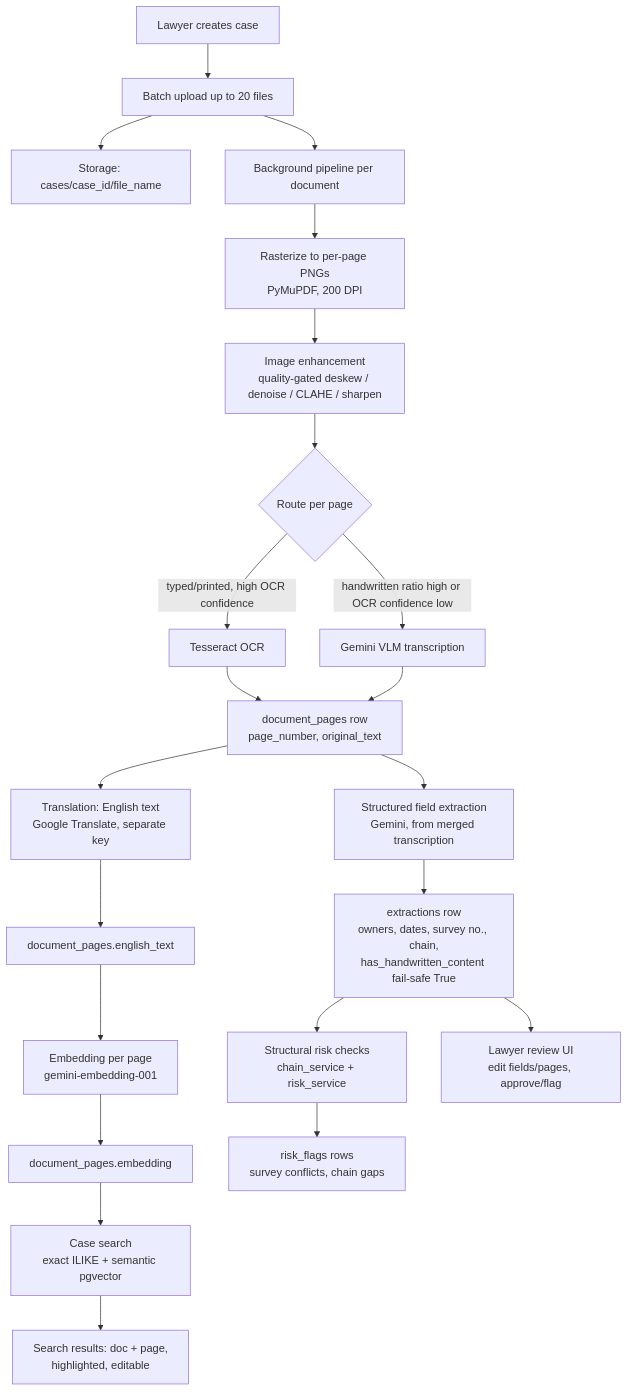
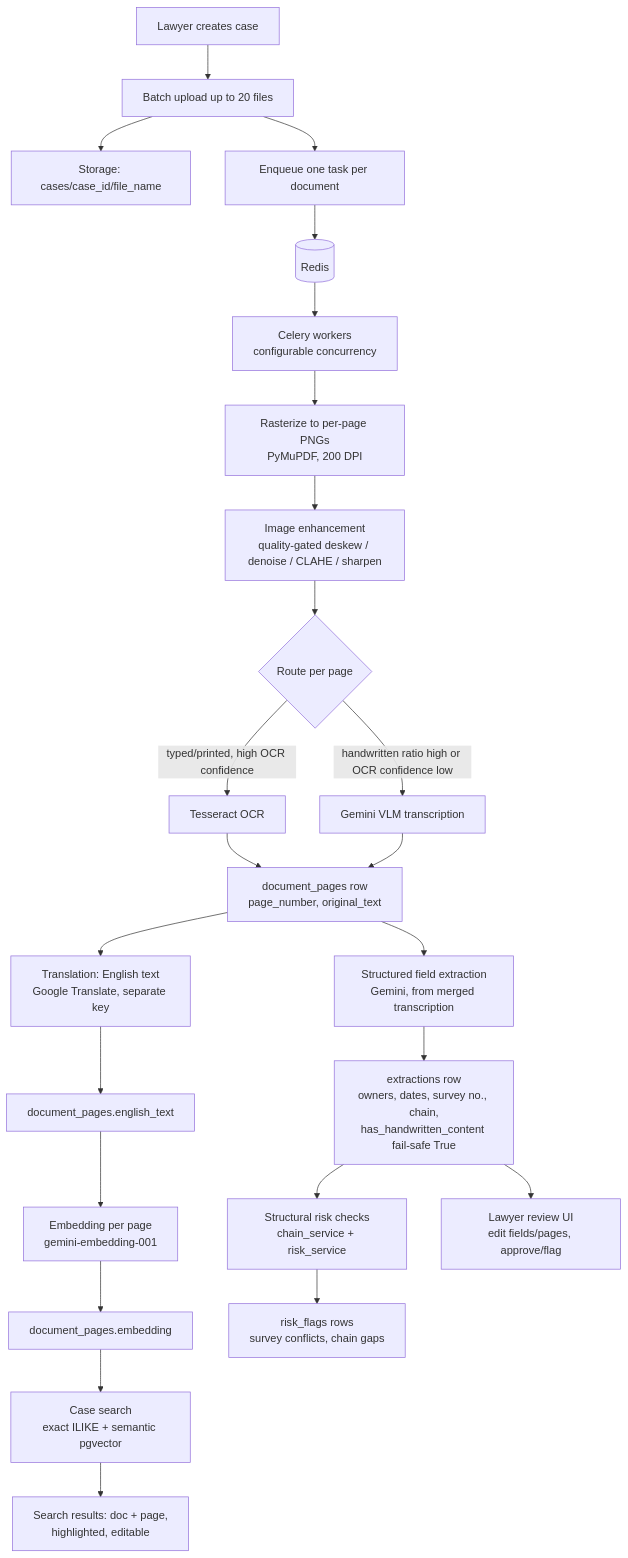
Before and after one commit to Encegen-Ai-Labs/EasyHuntV2: the first of 2 diagrams in docs/ARCHITECTURE.md, drawn with Mermaid. The commit also changed other lines of this file and 25 other files, not shown here.

First line of the commit message:
Rebrand, landing/login cleanup, upload/review UX, and optional Celery document queue

````diff
--- a/docs/ARCHITECTURE.md
+++ b/docs/ARCHITECTURE.md
@@ -16,24 +17,26 @@
 ```mermaid
 flowchart TD
     A[Lawyer creates case] --> B[Batch upload up to 20 files]
     B --> C[Storage: cases/case_id/file_name]
-    B --> D[Background pipeline per document]
-    D --> E[Rasterize to per-page PNGs<br/>PyMuPDF, 200 DPI]
+    B --> D[Enqueue one task per document]
+    D --> BROKER[(Redis)]
+    BROKER --> W[Celery workers<br/>configurable concurrency]
+    W --> E[Rasterize to per-page PNGs<br/>PyMuPDF, 200 DPI]
     E --> F[Image enhancement<br/>quality-gated deskew / denoise / CLAHE / sharpen]
     F --> G{Route per page}
     G -->|typed/printed, high OCR confidence| H[Tesseract OCR]
     G -->|handwritten ratio high or OCR confidence low| I[Gemini VLM transcription]
     H --> J[document_pages row<br/>page_number, original_text]
     I --> J
     J --> K[Translation: English text<br/>Google Translate, separate key]
     K --> L[document_pages.english_text]
     J --> M[Structured field extraction<br/>Gemini, from merged transcription]
     M --> N[extractions row<br/>owners, dates, survey no., chain,<br/>has_handwritten_content fail-safe True]
     N --> O[Structural risk checks<br/>chain_service + risk_service]
     O --> P[risk_flags rows<br/>survey conflicts, chain gaps]
     L --> Q[Embedding per page<br/>gemini-embedding-001]
     Q --> R[document_pages.embedding]
     N --> S[Lawyer review UI<br/>edit fields/pages, approve/flag]
     R --> T[Case search<br/>exact ILIKE + semantic pgvector]
     T --> U[Search results: doc + page,<br/>highlighted, editable]
 ```
````
